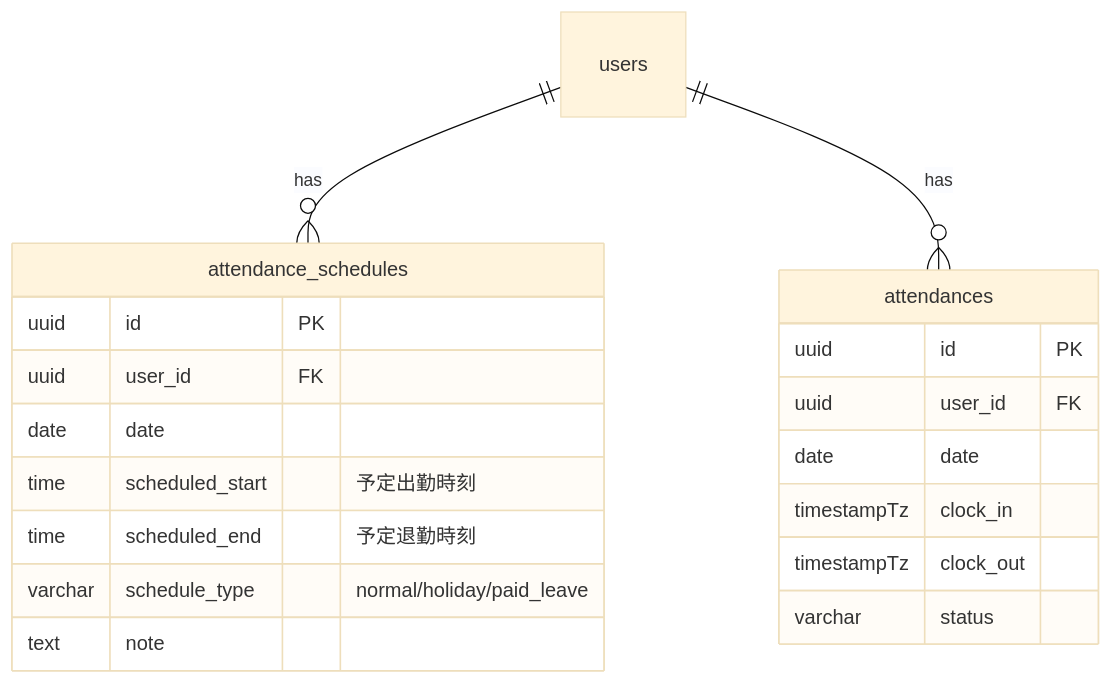
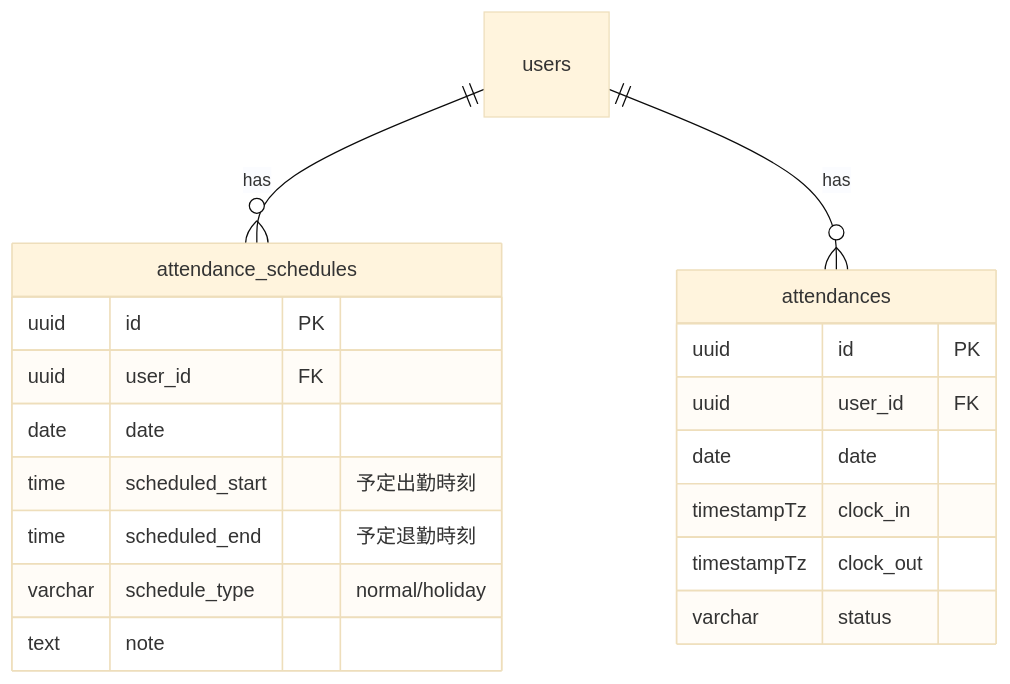
The second of 3 diagrams in docs/dev/calendar-schedule-design.md (miyazakisora111/time-attendance), drawn with Mermaid (base theme) before and after one commit. The commit also changed 118 other files, not shown here.

````diff
--- a/docs/dev/calendar-schedule-design.md
+++ b/docs/dev/calendar-schedule-design.md
@@ -25,24 +25,24 @@
 ```mermaid
 erDiagram
     users ||--o{ attendance_schedules : has
     users ||--o{ attendances : has
 
     attendance_schedules {
         uuid id PK
         uuid user_id FK
         date date
         time scheduled_start "予定出勤時刻"
         time scheduled_end "予定退勤時刻"
-        varchar schedule_type "normal/holiday/paid_leave"
+        varchar schedule_type "normal/holiday"
         text note
     }
 
     attendances {
         uuid id PK
         uuid user_id FK
         date date
         timestampTz clock_in
         timestampTz clock_out
         varchar status
     }
 ```
````
